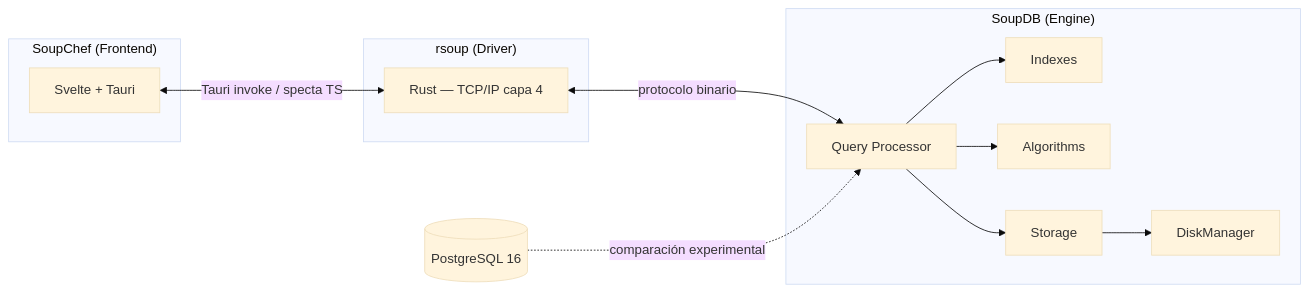
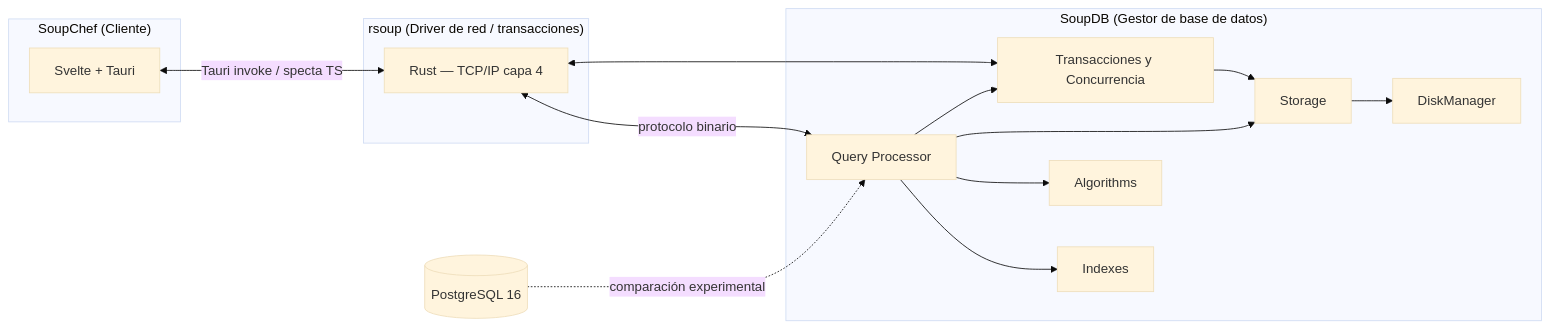
The diagram in README.md (BD2-Project/SoupBD), drawn with Mermaid (base theme) before and after one commit. The commit also changed other lines of this file, not shown here.

````diff
--- a/README.md
+++ b/README.md
@@ -13,18 +22,21 @@
 ```mermaid
 flowchart LR
-    subgraph SoupChef["SoupChef (Frontend)"]
+    subgraph Chef["SoupChef (Cliente)"]
         UI["Svelte + Tauri"]
     end
-    subgraph rsoup["rsoup (Driver)"]
+    subgraph R["rsoup (Driver de red / transacciones)"]
         DRV["Rust — TCP/IP capa 4"]
     end
-    subgraph SoupDB["SoupDB (Engine)"]
+    subgraph DB["SoupDB (Gestor de base de datos)"]
         Q["Query Processor"] --> IX["Indexes"]
         Q --> AL["Algorithms"]
         Q --> ST["Storage"]
         ST --> DM["DiskManager"]
+        Q --> TX["Transacciones y Concurrencia"]
+        TX --> ST
     end
     UI <-->|"Tauri invoke / specta TS"| DRV
     DRV <-->|"protocolo binario"| Q
+    DRV <--> TX
     PG[("PostgreSQL 16")] -. "comparación experimental" .-> Q
 ```
````
